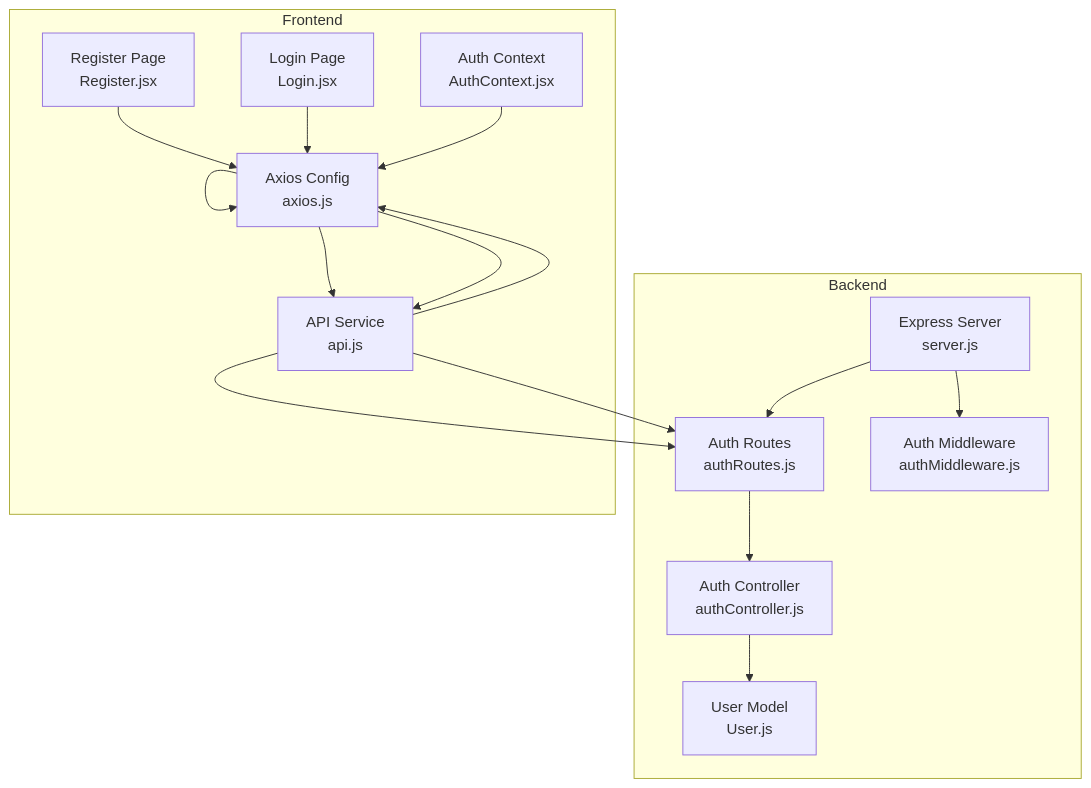
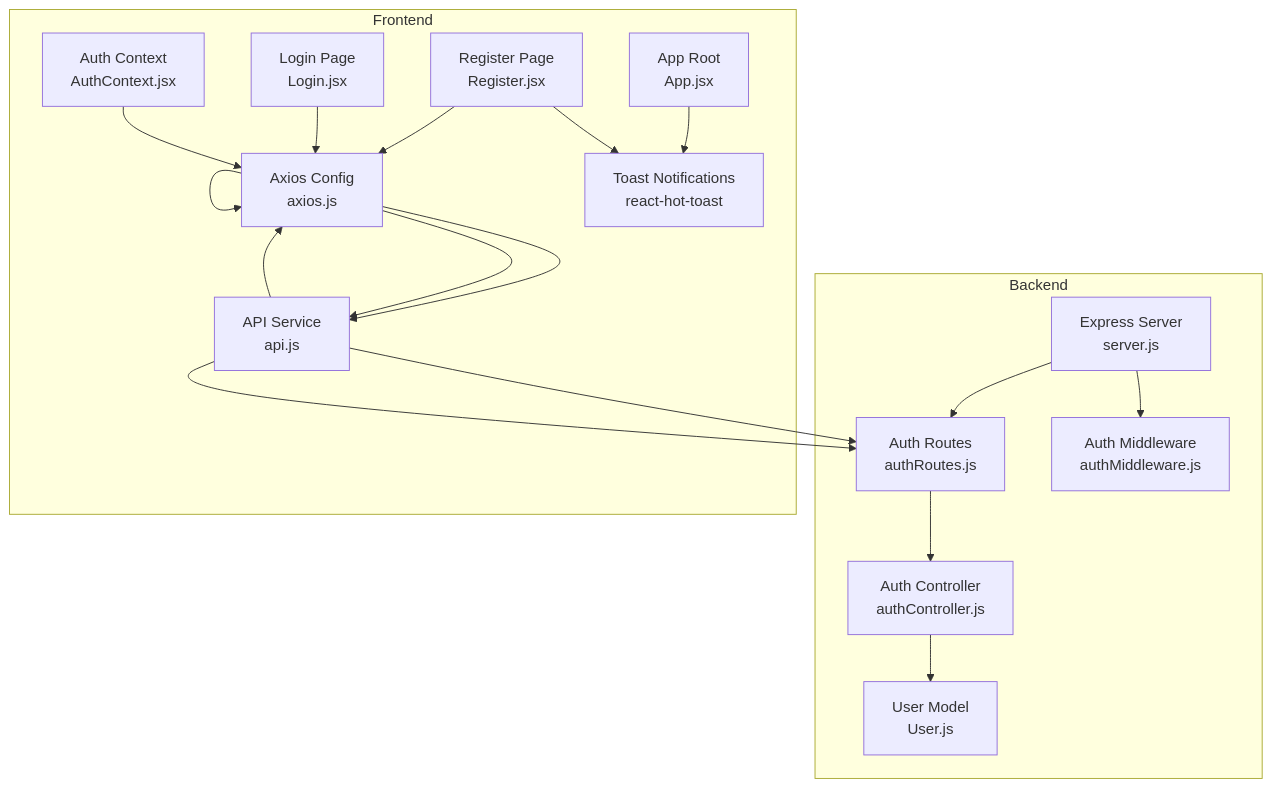
One commit to Pavan-PSPK9032/TrendsandToss changed the first of 10 diagrams in .qoder/repowiki/en/content/Authentication & Authorization/Login & Registration Process.md. Above: the diagram before and after it, drawn with Mermaid. The commit also changed other lines of this file and 16 other files, not shown here.

````diff
--- a/.qoder/repowiki/en/content/Authentication & Authorization/Login & Registration Process.md
+++ b/.qoder/repowiki/en/content/Authentication & Authorization/Login & Registration Process.md
@@ -38,24 +47,28 @@
 ```mermaid
 graph TB
 subgraph "Backend"
 S["Express Server<br/>server.js"]
 R["Auth Routes<br/>authRoutes.js"]
 C["Auth Controller<br/>authController.js"]
 M["User Model<br/>User.js"]
 MW["Auth Middleware<br/>authMiddleware.js"]
 end
 subgraph "Frontend"
 AX["Axios Config<br/>axios.js"]
 SVC["API Service<br/>api.js"]
 REG["Register Page<br/>Register.jsx"]
 LOG["Login Page<br/>Login.jsx"]
 CTX["Auth Context<br/>AuthContext.jsx"]
+APP["App Root<br/>App.jsx"]
+TOAST["Toast Notifications<br/>react-hot-toast"]
 end
 S --> R --> C --> M
 S --> MW
 REG --> AX --> SVC --> R
 LOG --> AX --> SVC --> R
 AX --> AX
 SVC --> AX
 CTX --> AX
+APP --> TOAST
+REG --> TOAST
 ```
````
